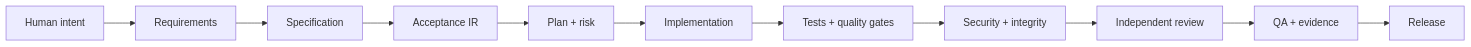
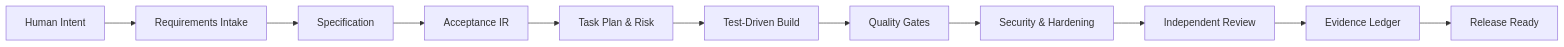
Before and after one commit to lreyesm1999/agentic-discipline-kit: the diagram in README.md, drawn with Mermaid. The commit also changed other lines of this file and 1 other file, not shown here.

````diff
--- a/README.md
+++ b/README.md
@@ -53,13 +107,13 @@
 ```mermaid
 flowchart LR
-    A[Human intent] --> B[Requirements]
+    A[Human Intent] --> B[Requirements Intake]
     B --> C[Specification]
     C --> D[Acceptance IR]
-    D --> E[Plan + risk]
-    E --> F[Implementation]
-    F --> G[Tests + quality gates]
-    G --> H[Security + integrity]
-    H --> I[Independent review]
-    I --> J[QA + evidence]
-    J --> K[Release]
+    D --> E[Task Plan & Risk]
+    E --> F[Test-Driven Build]
+    F --> G[Quality Gates]
+    G --> H[Security & Hardening]
+    H --> I[Independent Review]
+    I --> J[Evidence Ledger]
+    J --> K[Release Ready]
 ```
````
